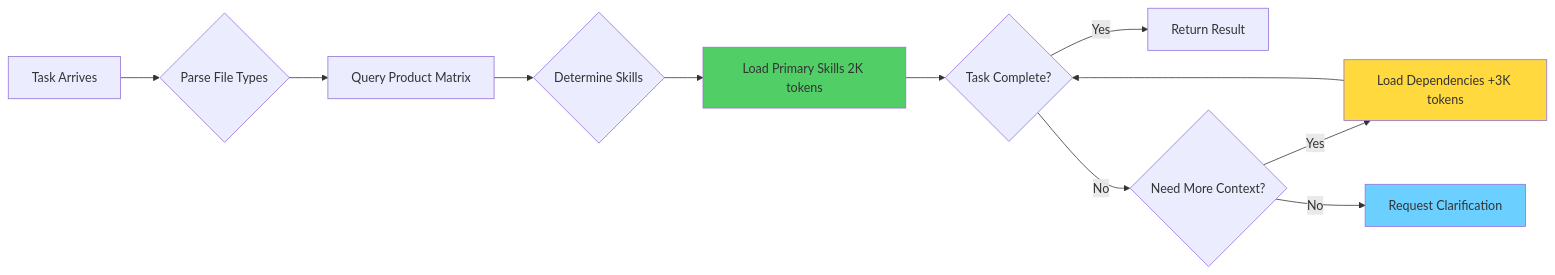
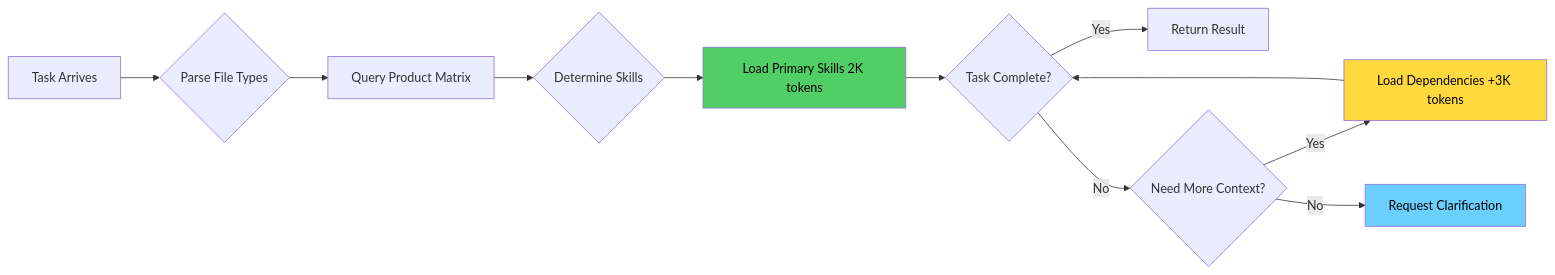
Before and after one commit to williamzujkowski/williamzujkowski.github.io: the second of 3 diagrams in src/posts/2025-10-17-progressive-context-loading-llm-workflows.md, drawn with Mermaid. The commit also changed other lines of this file and 40 other files, not shown here.

First line of the commit message:
fix(blog): add explicit text color to all mermaid classDef/style (#171)

````diff
--- a/src/posts/2025-10-17-progressive-context-loading-llm-workflows.md
+++ b/src/posts/2025-10-17-progressive-context-loading-llm-workflows.md
@@ -168,20 +168,20 @@
 ```mermaid
 flowchart LR
     A[Task Arrives] --> B{Parse File Types}
     B --> C[Query Product Matrix]
     C --> D{Determine Skills}
     D --> E[Load Primary Skills 2K tokens]
     E --> F{Task Complete?}
     F -->|Yes| G[Return Result]
     F -->|No| H{Need More Context?}
     H -->|Yes| I[Load Dependencies +3K tokens]
     I --> F
     H -->|No| J[Request Clarification]
 
-    classDef primaryStyle fill:#51cf66
-    classDef dependencyStyle fill:#ffd93d
-    classDef clarificationStyle fill:#6bcfff
+    classDef primaryStyle fill:#51cf66,color:#000
+    classDef dependencyStyle fill:#ffd93d,color:#000
+    classDef clarificationStyle fill:#6bcfff,color:#000
     class E primaryStyle
     class I dependencyStyle
     class J clarificationStyle
 ```
````
